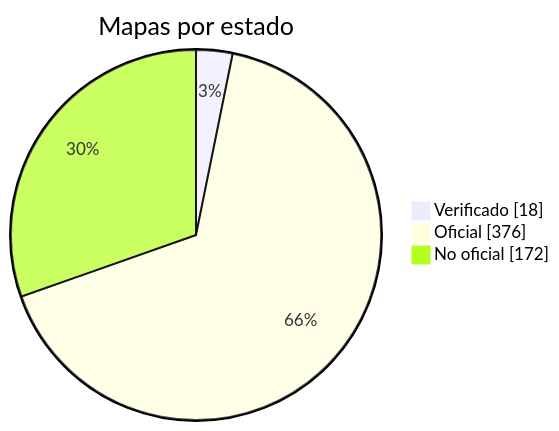
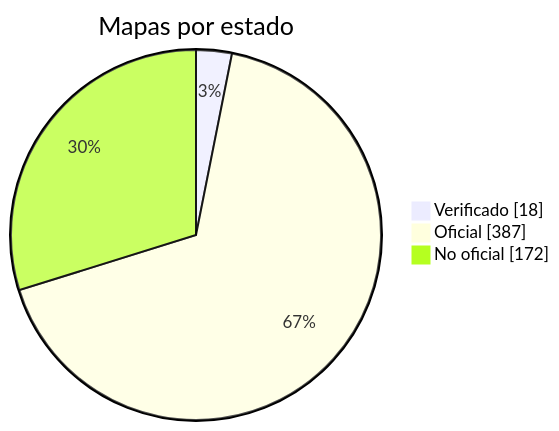
Before and after one commit to nobrega8/mbmap-library: the diagram in docs/readme/README_ES.md, drawn with Mermaid. The commit also changed 15 other files, not shown here.

````diff
--- a/docs/readme/README_ES.md
+++ b/docs/readme/README_ES.md
@@ -54,7 +54,7 @@
 ```mermaid
 pie showData
     title Mapas por estado
     "Verificado" : 18
-    "Oficial" : 376
+    "Oficial" : 387
     "No oficial" : 172
 ```
````
